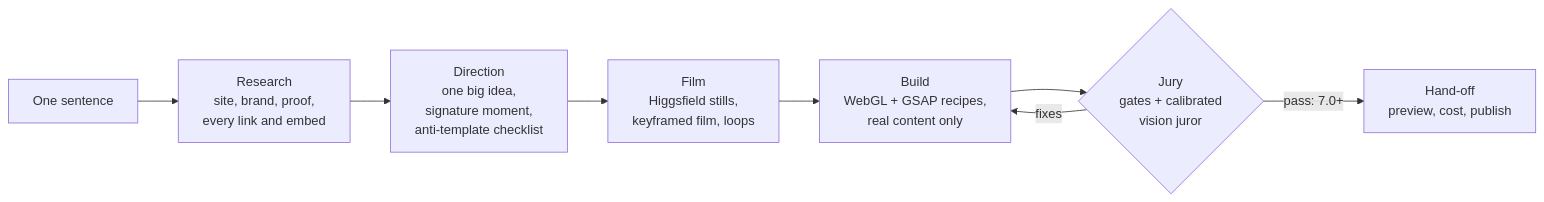
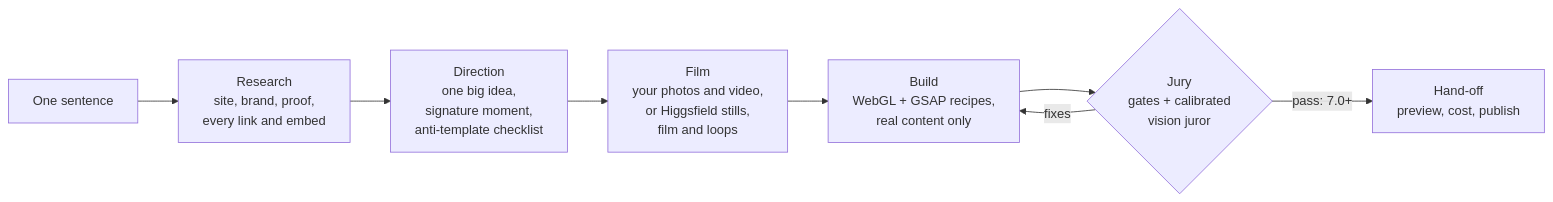
One commit to Surajp1602/juried changed the diagram in README.md. Above: the diagram before and after it, drawn with Mermaid. The commit also changed other lines of this file and 5 other files, not shown here.

First line of the commit message:
Own photos and video first, Higgsfield for the rest; version 1.3.0

````diff
--- a/README.md
+++ b/README.md
@@ -41,10 +42,10 @@
 ```mermaid
 flowchart LR
   A[One sentence] --> R[Research<br/>site, brand, proof,<br/>every link and embed]
   R --> D[Direction<br/>one big idea,<br/>signature moment,<br/>anti-template checklist]
-  D --> F[Film<br/>Higgsfield stills,<br/>keyframed film, loops]
+  D --> F[Film<br/>your photos and video,<br/>or Higgsfield stills,<br/>film and loops]
   F --> B[Build<br/>WebGL + GSAP recipes,<br/>real content only]
   B --> J{Jury<br/>gates + calibrated<br/>vision juror}
   J -- fixes --> B
   J -- pass: 7.0+ --> H[Hand-off<br/>preview, cost, publish]
 ```
````
